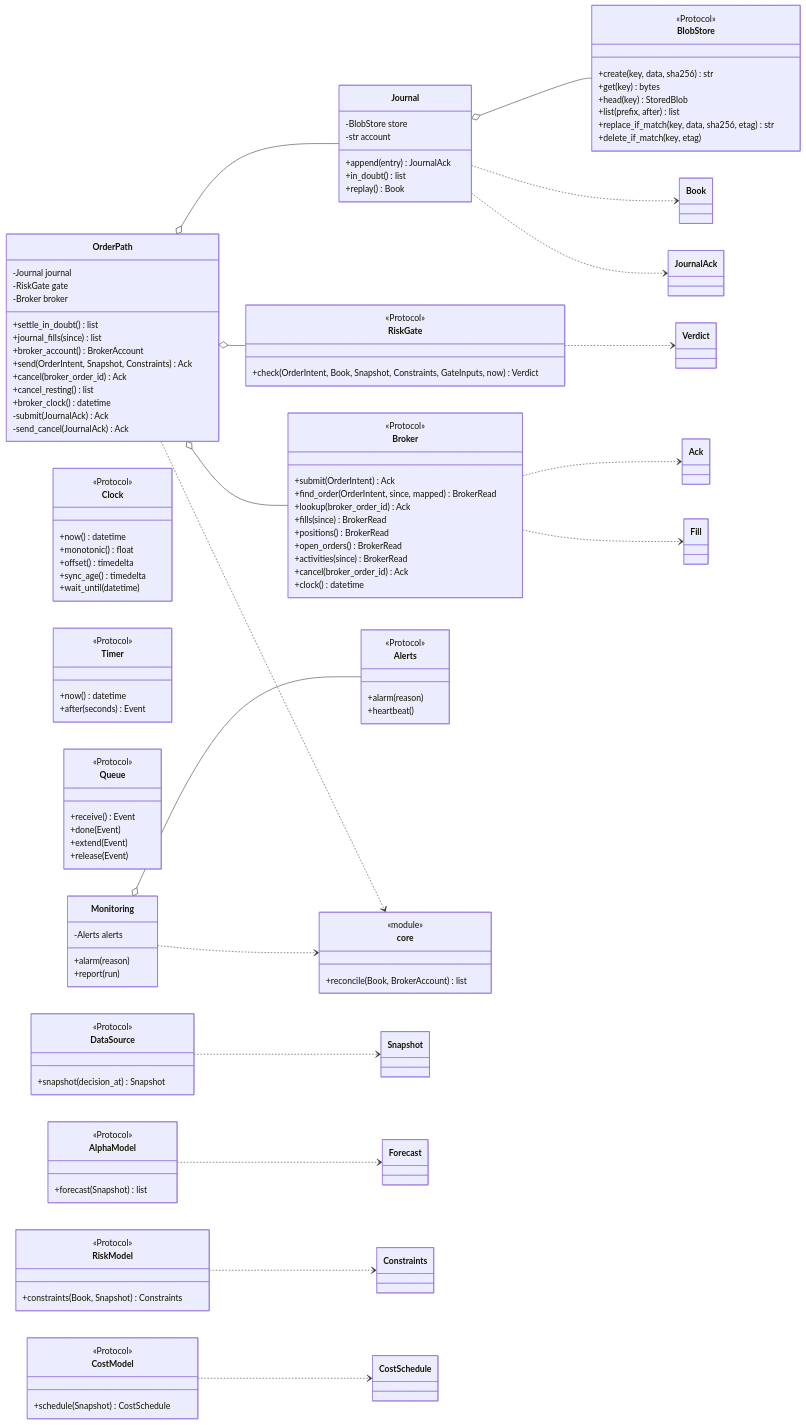
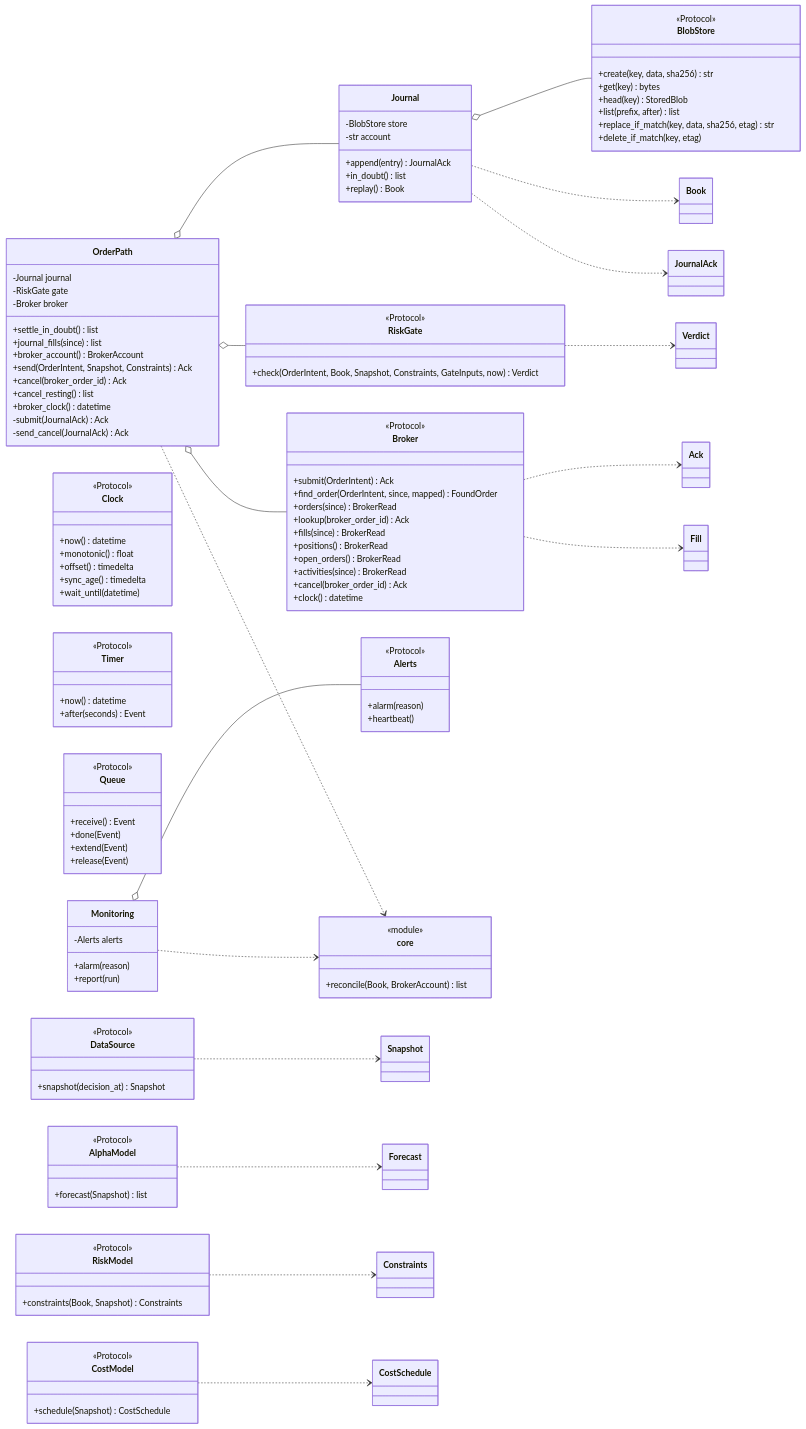
Before and after one commit to l3a0/ithildin-runtime: diagram 27 of 34 in docs/architecture.md, drawn with Mermaid. The commit also changed other lines of this file and 1 other file, not shown here.

```diff
--- a/docs/architecture.md
+++ b/docs/architecture.md
@@ -1859,7 +1866,8 @@
     class Broker {
         <<Protocol>>
         +submit(OrderIntent) Ack
-        +find_order(OrderIntent, since, mapped) BrokerRead
+        +find_order(OrderIntent, since, mapped) FoundOrder
+        +orders(since) BrokerRead
         +lookup(broker_order_id) Ack
         +fills(since) BrokerRead
         +positions() BrokerRead
```
